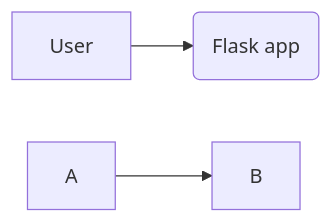
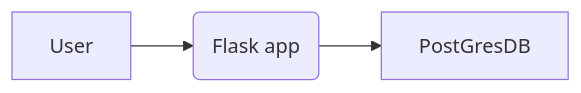
The first of 2 diagrams in README.md (curiouscat22/flask-ex), drawn with Mermaid before and after one commit. The commit also changed other lines of this file, not shown here.

````diff
--- a/README.md
+++ b/README.md
@@ -10,5 +10,4 @@
 ```mermaid
 flowchart LR
-  User --> API(Flask app)
-  A --> B
+  User --> API(Flask app) --> PostGresDB
 ```
````
